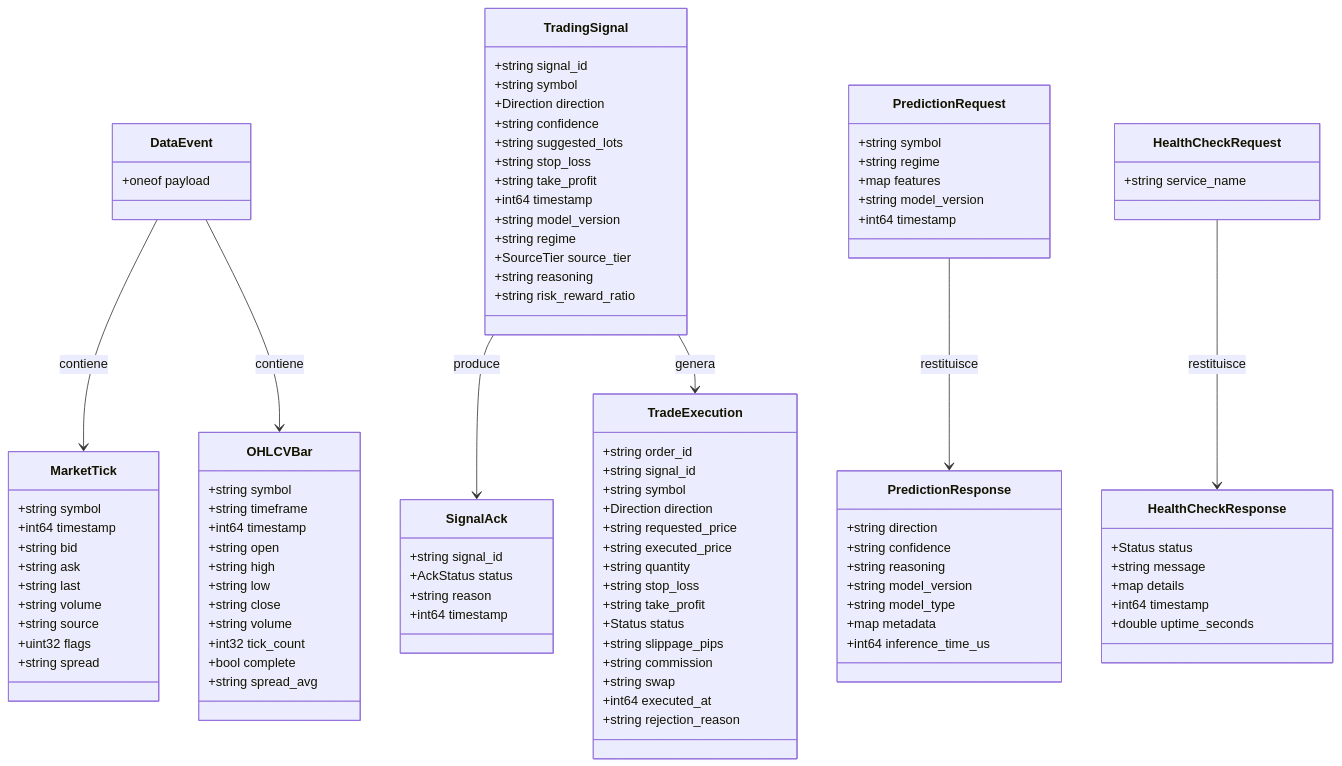
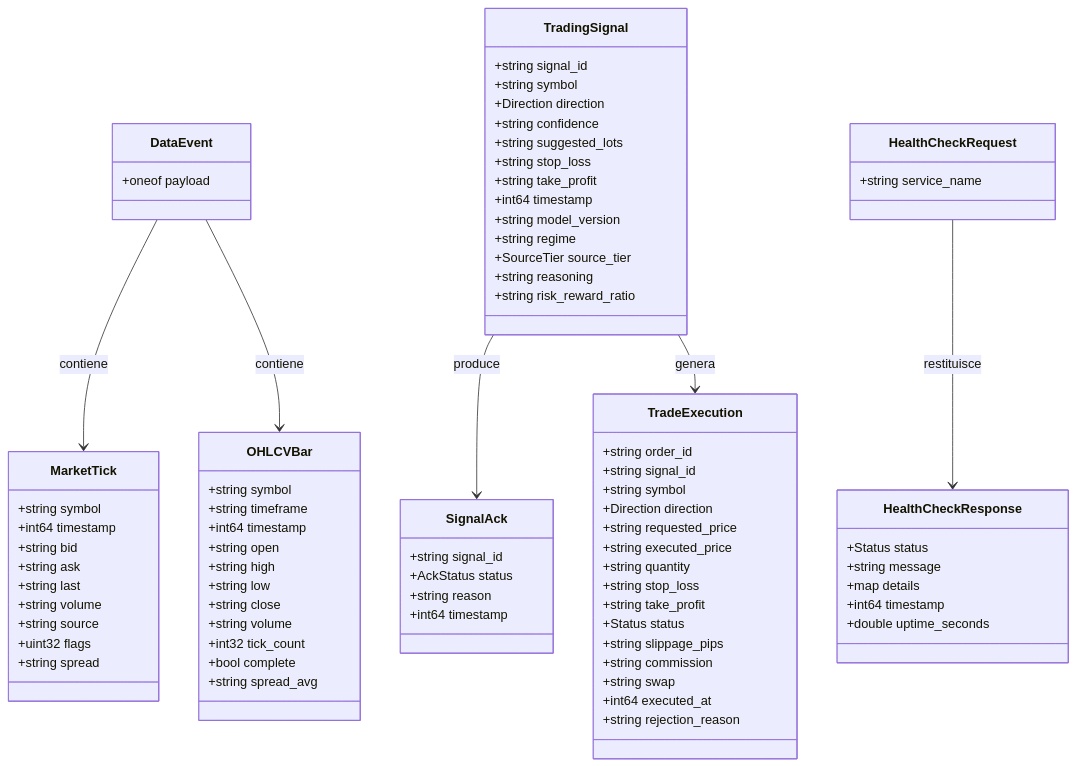
One commit to renanaugustomacena-ux/invest-smart changed the eighth of 9 diagrams in docs/architecture/sistema-italiano/01_ARCHITETTURA.md. Above: the diagram before and after it, drawn with Mermaid. The commit also changed other lines of this file, not shown here.

````diff
--- a/docs/architecture/sistema-italiano/01_ARCHITETTURA.md
+++ b/docs/architecture/sistema-italiano/01_ARCHITETTURA.md
@@ -549,24 +548,6 @@
         +string rejection_reason
     }
 
-    class PredictionRequest {
-        +string symbol
-        +string regime
-        +map features
-        +string model_version
-        +int64 timestamp
-    }
-
-    class PredictionResponse {
-        +string direction
-        +string confidence
-        +string reasoning
-        +string model_version
-        +string model_type
-        +map metadata
-        +int64 inference_time_us
-    }
-
     class HealthCheckRequest {
         +string service_name
     }
@@ -583,6 +564,5 @@
     DataEvent --> OHLCVBar : contiene
     TradingSignal --> SignalAck : produce
     TradingSignal --> TradeExecution : genera
-    PredictionRequest --> PredictionResponse : restituisce
     HealthCheckRequest --> HealthCheckResponse : restituisce
 ```
````
